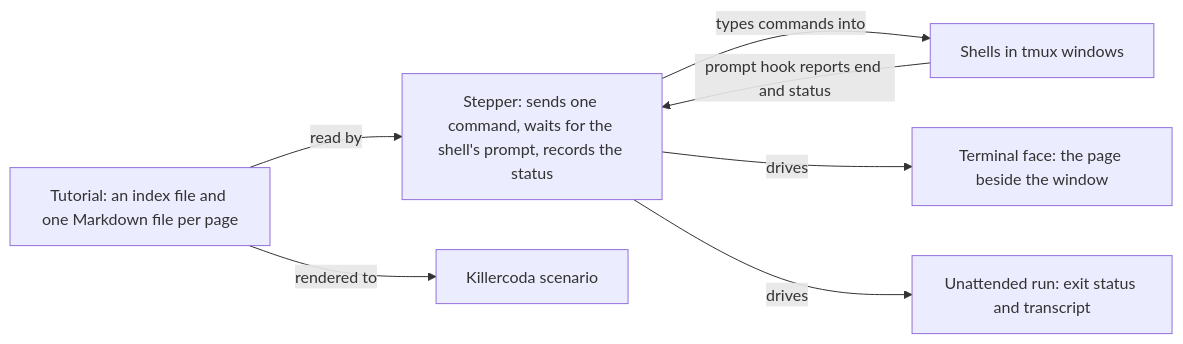
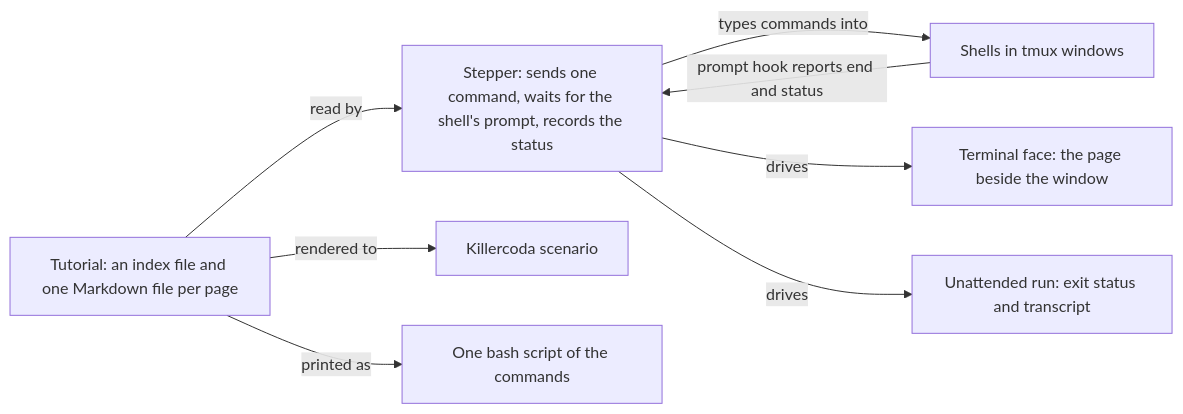
One commit to lambdasistemi/tutorial-stepper changed the diagram in README.md. Above: the diagram before and after it, drawn with Mermaid. The commit also changed other lines of this file and 10 other files, not shown here.

Commit message:
feat: print a tutorial's commands as one script

````diff
--- a/README.md
+++ b/README.md
@@ -22,15 +25,17 @@
 ```mermaid
 flowchart LR
   source["Tutorial: an index file and one Markdown file per page"]
   stepper["Stepper: sends one command, waits for the shell's prompt, records the status"]
   shells["Shells in tmux windows"]
   page["Terminal face: the page beside the window"]
   ci["Unattended run: exit status and transcript"]
   killercoda["Killercoda scenario"]
+  printed["One bash script of the commands"]
   source -->|"read by"| stepper
   stepper -->|"types commands into"| shells
   shells -->|"prompt hook reports end and status"| stepper
   stepper -->|"drives"| page
   stepper -->|"drives"| ci
   source -->|"rendered to"| killercoda
+  source -->|"printed as"| printed
 ```
````
